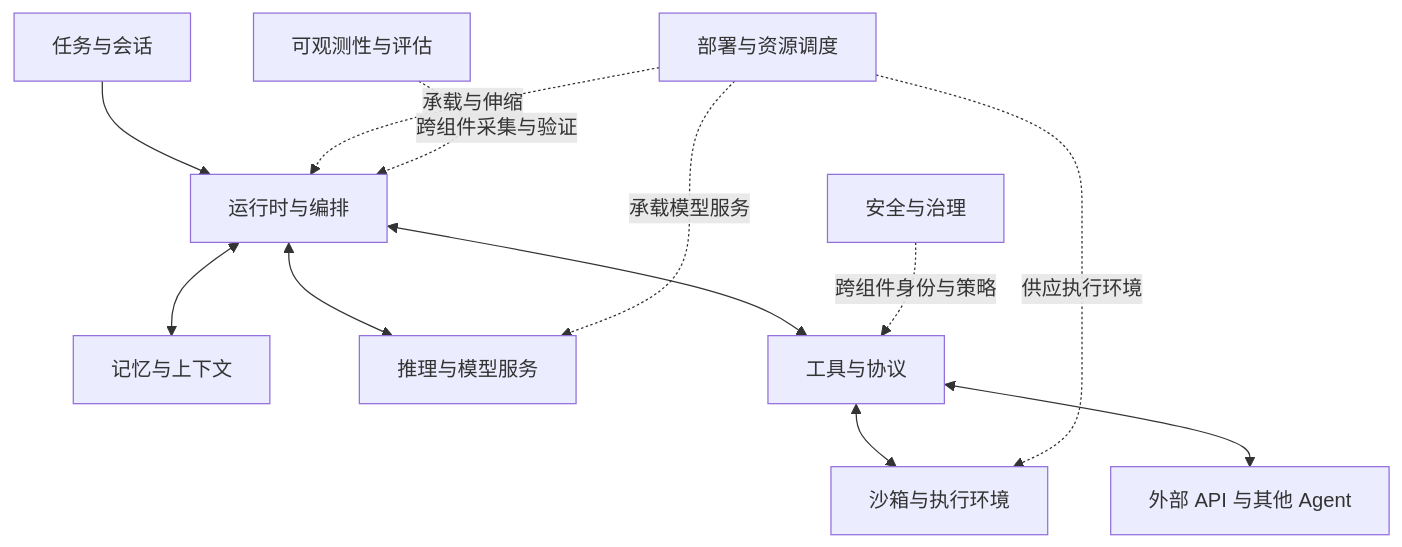
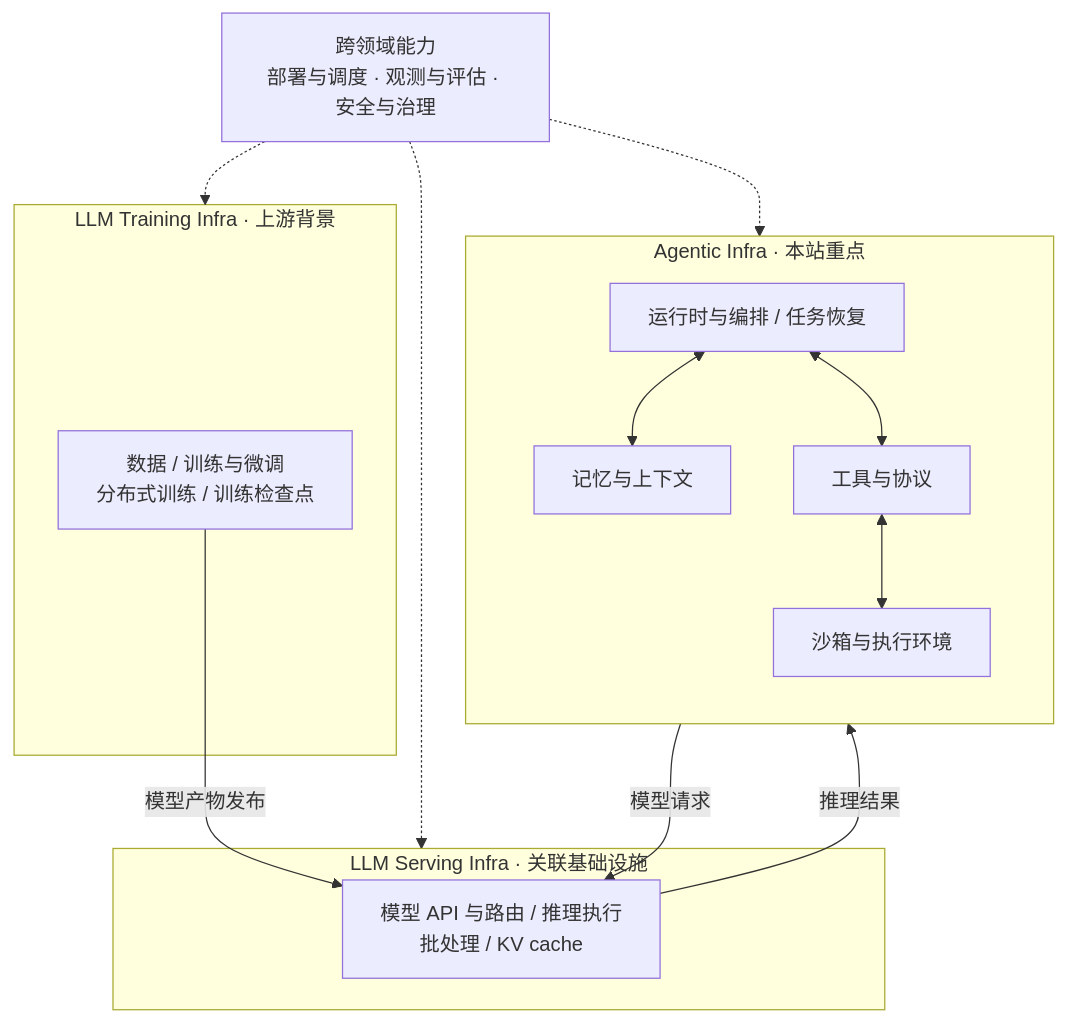
Before and after one commit to aweng126/awesome-agentic-infra: the diagram in notes/agentic-infra-overview.md, drawn with Mermaid. The commit also changed other lines of this file and 12 other files, not shown here.

Commit message:
docs: distinguish agentic serving and training infrastructure

````diff
--- a/notes/agentic-infra-overview.md
+++ b/notes/agentic-infra-overview.md
@@ -11,14 +23,25 @@
 ```mermaid
-flowchart TD
-    Task[任务与会话] --> Runtime[运行时与编排]
-    Runtime <--> Memory[记忆与上下文]
-    Runtime <--> Models[推理与模型服务]
-    Runtime <--> Tools[工具与协议]
-    Tools <--> Sandbox[沙箱与执行环境]
-    Tools <--> External[外部 API 与其他 Agent]
-    Deployment[部署与资源调度] -.承载与伸缩.-> Runtime
-    Deployment -.供应执行环境.-> Sandbox
-    Deployment -.承载模型服务.-> Models
-    Observation[可观测性与评估] -.跨组件采集与验证.-> Runtime
-    Security[安全与治理] -.跨组件身份与策略.-> Tools
+flowchart TB
+    accTitle: Agentic Infra 与模型基础设施的关系
+    accDescr: Agentic Infra 内的运行时与记忆、工具和沙箱协作，向 LLM Serving Infra 发送模型请求并接收推理结果。LLM Training Infra 将训练或微调后的模型产物发布到 Serving。部署与调度、观测与评估、安全与治理是三个领域的跨领域能力。
+    subgraph Agentic["Agentic Infra · 本站重点"]
+        direction TB
+        Runtime[运行时与编排 / 任务恢复]
+        Runtime <--> Memory[记忆与上下文]
+        Runtime <--> Tools[工具与协议]
+        Tools <--> Sandbox[沙箱与执行环境]
+    end
+    subgraph Serving["LLM Serving Infra · 关联基础设施"]
+        Models[模型 API 与路由 / 推理执行<br/>批处理 / KV cache]
+    end
+    subgraph Training["LLM Training Infra · 上游背景"]
+        Train[数据 / 训练与微调<br/>分布式训练 / 训练检查点]
+    end
+    Runtime -->|模型请求| Models
+    Models -->|推理结果| Runtime
+    Train -->|模型产物发布| Models
+    Shared[跨领域能力<br/>部署与调度 · 观测与评估 · 安全与治理]
+    Shared -.-> Agentic
+    Shared -.-> Serving
+    Shared -.-> Training
 ```
````
